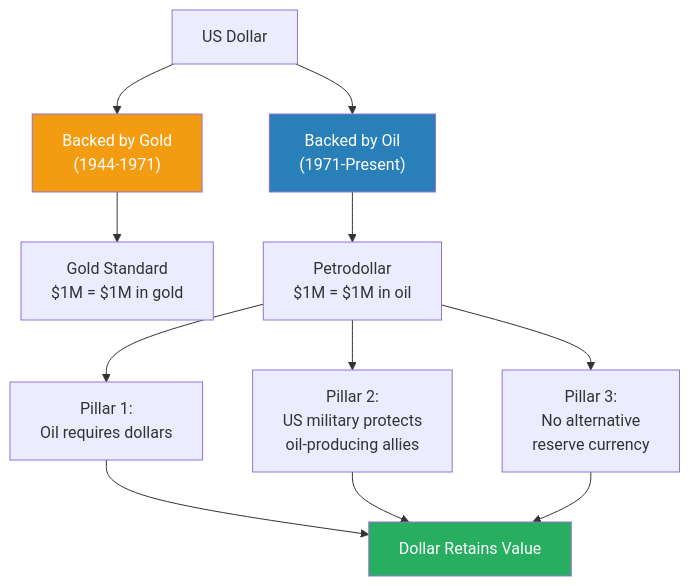
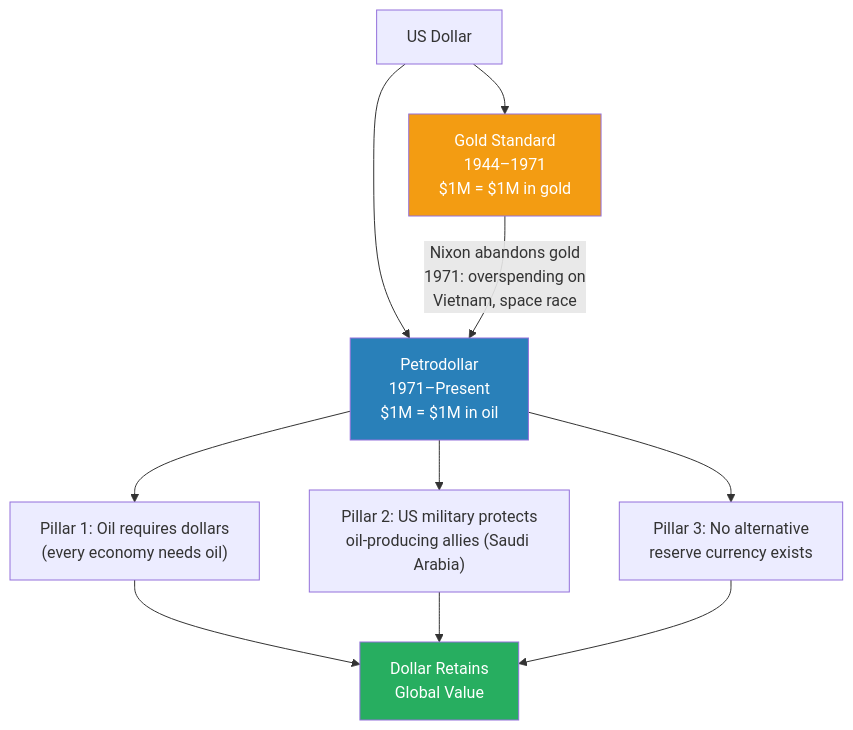
One commit to alius33/reader changed the third of 8 diagrams in summaries/Lectures/Geo-Strategy/03 - How Empire is Destroying America.md. Above: the diagram before and after it, drawn with Mermaid. The commit also changed other lines of this file and 26 other files, not shown here.

````diff
--- a/summaries/Lectures/Geo-Strategy/03 - How Empire is Destroying America.md
+++ b/summaries/Lectures/Geo-Strategy/03 - How Empire is Destroying America.md
@@ -260,17 +204,16 @@
 ```mermaid
 flowchart TB
     D["US Dollar"]
-    D --> G["Backed by Gold<br/>(1944-1971)"]
-    D --> O["Backed by Oil<br/>(1971-Present)"]
-    G --> GS["Gold Standard<br/>$1M = $1M in gold"]
-    O --> PD["Petrodollar<br/>$1M = $1M in oil"]
-    PD --> P1["Pillar 1:<br/>Oil requires dollars"]
-    PD --> P2["Pillar 2:<br/>US military protects<br/>oil-producing allies"]
-    PD --> P3["Pillar 3:<br/>No alternative<br/>reserve currency"]
-    P1 --> V["Dollar Retains Value"]
+    D --> GS["Gold Standard<br/>1944–1971<br/>$1M = $1M in gold"]
+    D --> PD["Petrodollar<br/>1971–Present<br/>$1M = $1M in oil"]
+    GS -->|"Nixon abandons gold<br/>1971: overspending on<br/>Vietnam, space race"| PD
+    PD --> P1["Pillar 1: Oil requires dollars<br/>(every economy needs oil)"]
+    PD --> P2["Pillar 2: US military protects<br/>oil-producing allies (Saudi Arabia)"]
+    PD --> P3["Pillar 3: No alternative<br/>reserve currency exists"]
+    P1 --> V["Dollar Retains<br/>Global Value"]
     P2 --> V
     P3 --> V
-    style G fill:#f39c12,color:#fff
-    style O fill:#2980b9,color:#fff
+    style GS fill:#f39c12,color:#fff
+    style PD fill:#2980b9,color:#fff
     style V fill:#27ae60,color:#fff
 ```
````
